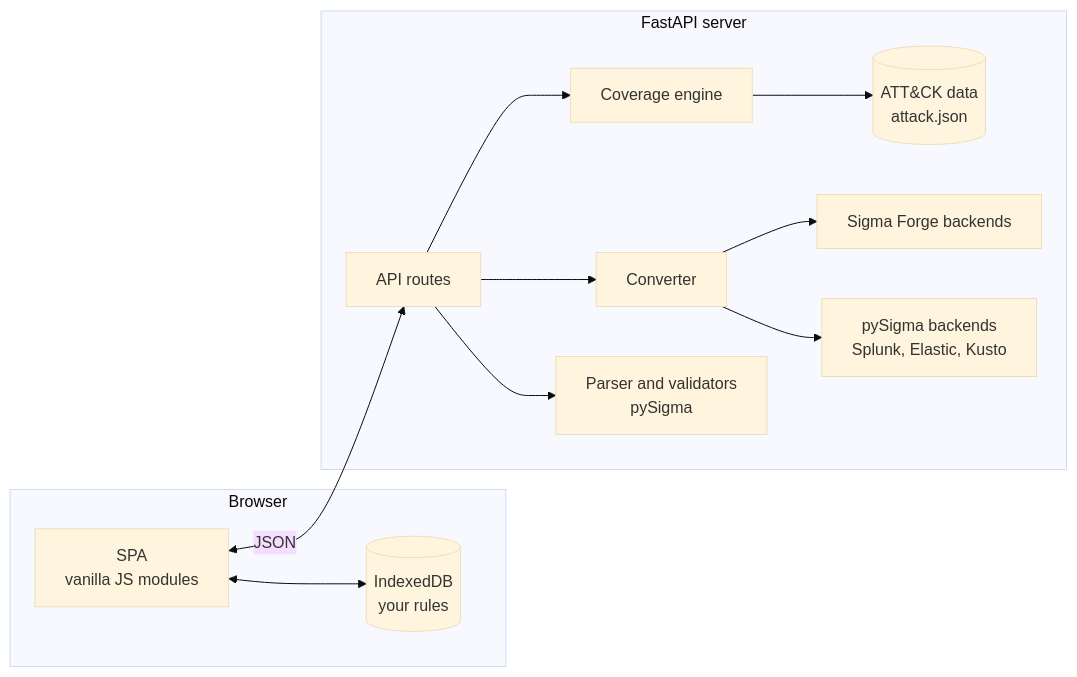
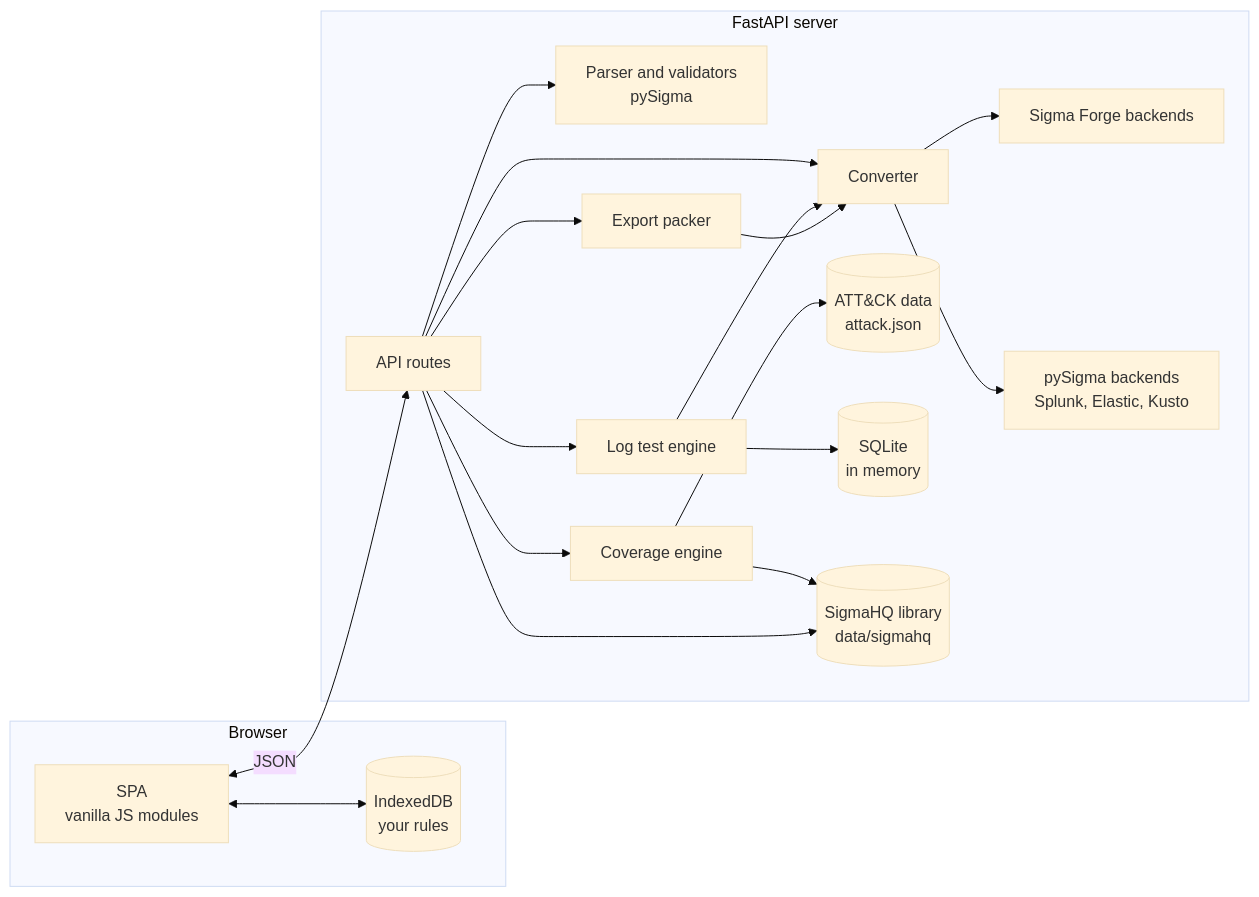
Before and after one commit to qays3/Sigma-Forge: the fifth of 5 diagrams in README.md, drawn with Mermaid (base theme). The commit also changed other lines of this file and 282 other files, not shown here.

````diff
--- a/README.md
+++ b/README.md
@@ -1268,23 +1398,34 @@
 ```mermaid
 flowchart LR
     subgraph Browser
         UI[SPA<br/>vanilla JS modules]
         DB[(IndexedDB<br/>your rules)]
         UI <--> DB
     end
     subgraph Server[FastAPI server]
         R[API routes]
         P[Parser and validators<br/>pySigma]
         C[Converter]
         W[Sigma Forge backends]
         V[Coverage engine]
         A[(ATT&CK data<br/>attack.json)]
+        T[Log test engine]
+        S[(SQLite<br/>in memory)]
+        X[Export packer]
+        LB[(SigmaHQ library<br/>data/sigmahq)]
         R --> P
         R --> C
         C --> PB[pySigma backends<br/>Splunk, Elastic, Kusto]
         C --> W
         R --> V
         V --> A
+        V --> LB
+        R --> T
+        T --> C
+        T --> S
+        R --> X
+        X --> C
+        R --> LB
     end
     UI <-- JSON --> R
 ```
````
